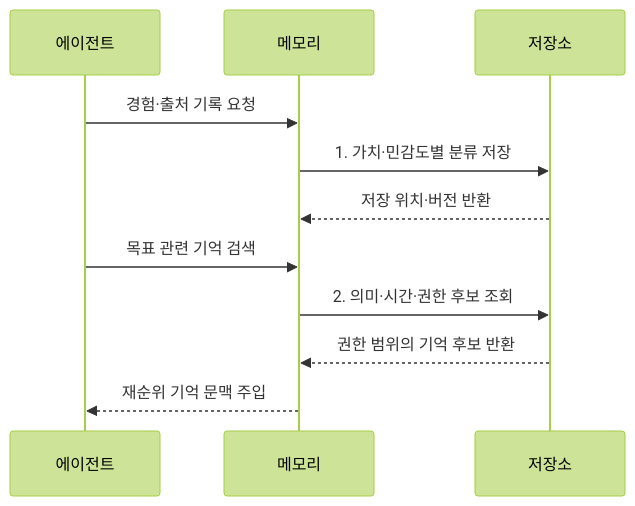
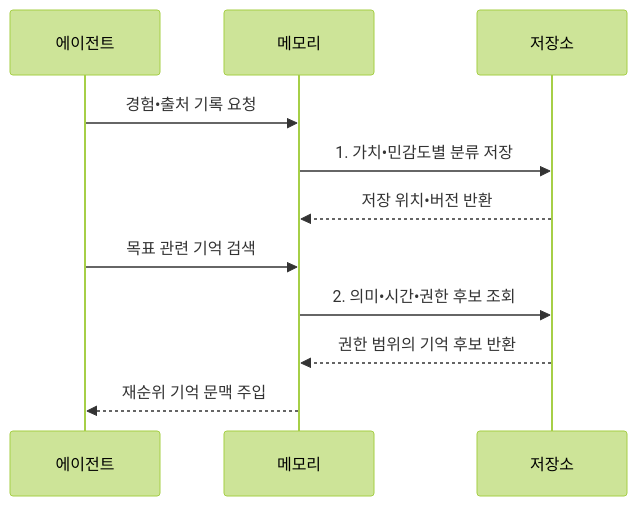
Before and after one commit to agnusdei1207/knowledge-base: the second of 2 diagrams in src/content/docs/notes/08-latest-tech/016_agent_memory.md, drawn with Mermaid (forest theme). The commit also changed other lines of this file and 953 other files, not shown here.

````diff
--- a/src/content/docs/notes/08-latest-tech/016_agent_memory.md
+++ b/src/content/docs/notes/08-latest-tech/016_agent_memory.md
@@ -101,13 +101,13 @@
 ```mermaid
 sequenceDiagram
     participant A as 에이전트
     participant M as 메모리
     participant S as 저장소
-    A->>M: 경험·출처 기록 요청
-    M->>S: 1. 가치·민감도별 분류 저장
-    S-->>M: 저장 위치·버전 반환
+    A->>M: 경험•출처 기록 요청
+    M->>S: 1. 가치•민감도별 분류 저장
+    S-->>M: 저장 위치•버전 반환
     A->>M: 목표 관련 기억 검색
-    M->>S: 2. 의미·시간·권한 후보 조회
+    M->>S: 2. 의미•시간•권한 후보 조회
     S-->>M: 권한 범위의 기억 후보 반환
     M-->>A: 재순위 기억 문맥 주입
 ```
````
